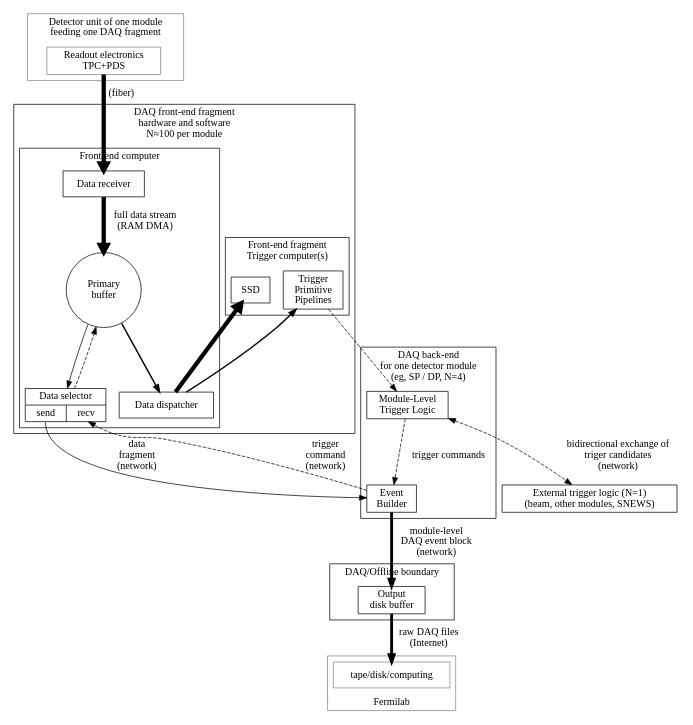
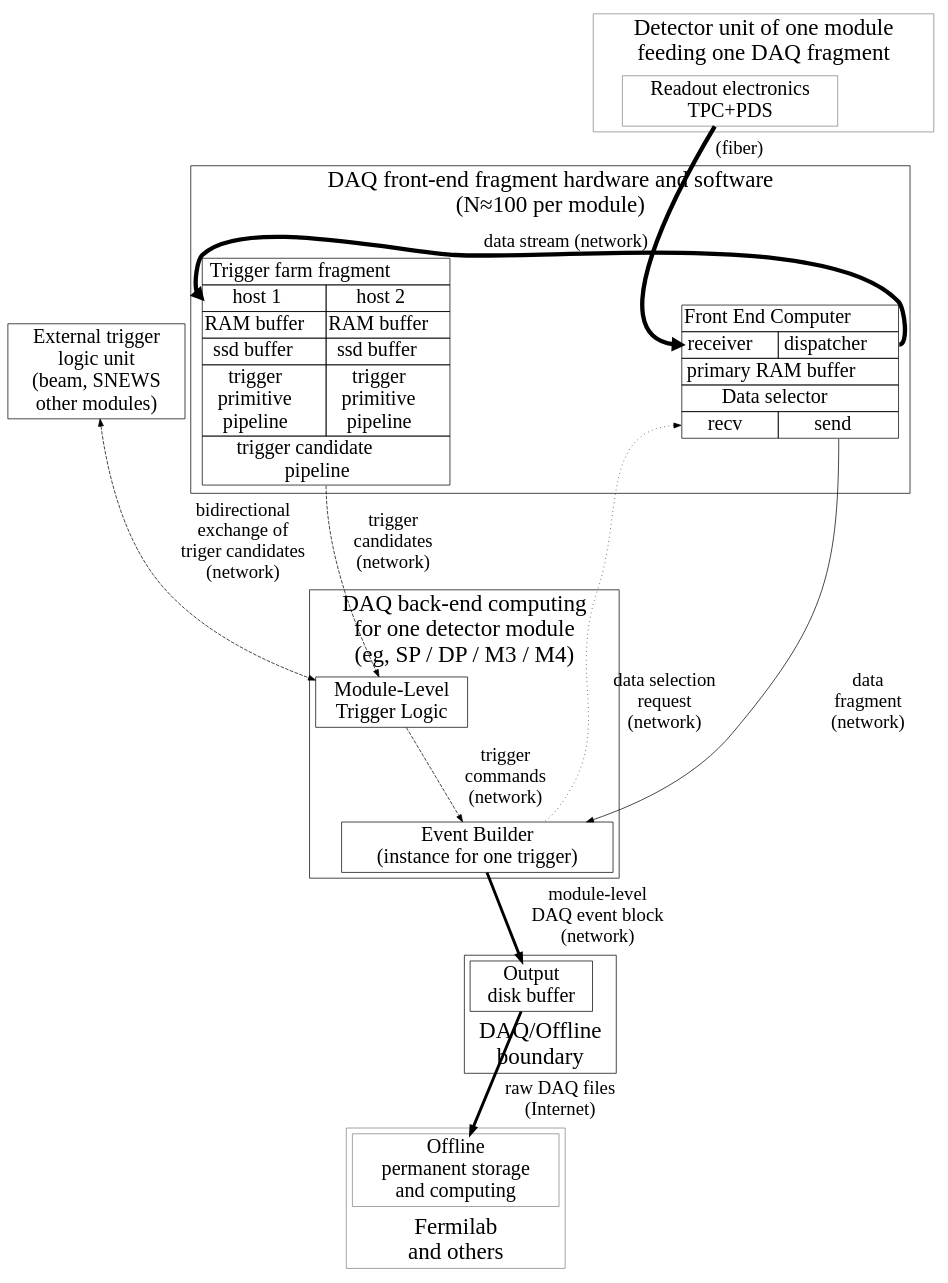
The diagram in far-detector-generic/figures/high-level-daq-alt.dot (DUNE/Technical-Proposal), drawn with Graphviz before and after one commit. The commit also changed 18 other files, not shown here.

```diff
--- a/far-detector-generic/figures/high-level-daq-alt.dot
+++ b/far-detector-generic/figures/high-level-daq-alt.dot
@@ -1,77 +1,103 @@
 digraph hl {
-        node[shape=record];
-
+        graph[fontsize=32,nodesep=0.1];
+        node[fontsize=28,shape=box];
+        edge[fontsize=26];
+        
         subgraph cluster_dmunit {
                 label="Detector unit of one module\nfeeding one DAQ fragment";
                 color=gray;
                 ce[label="Readout electronics\nTPC+PDS",color=gray];
         }
         subgraph cluster_fe {
-                label="DAQ front-end fragment\nhardware and software\nN≈100 per module";
-                
-                subgraph cluster_fec {
-                        label="Front-end computer"
-                        dr[label="Data receiver"];
-                        buf[label="Primary\nbuffer",shape=circle];
-                        ds[label="{{Data selector}|{<tx>send|<rx>recv}}"];
-                        dd[label="Data dispatcher"];
-                }
-                subgraph cluster_tf {
-                        label="Front-end fragment\nTrigger computer(s)";
-                        tfn1[label="Trigger\nPrimitive\nPipelines"];
-                        ssd1[label="SSD"];
-                }
+                label="DAQ front-end fragment hardware and software\n(N≈100 per module)\n\n";
+
+                fec[shape=none,label=<
+<TABLE BORDER="0" CELLBORDER="1" CELLSPACING="0">
+<tr><td colspan="2">Front End Computer</td></tr>
+<tr><td port="dr">receiver</td><td port="dd">dispatcher</td></tr>
+<tr><td colspan="2" port="buf">primary RAM buffer</td></tr>
+<tr><td colspan="2">Data selector</td></tr>
+<tr><td port="rx">recv</td><td port="tx">send</td></tr>
+</TABLE>>];
+                        tc[shape=none,label=<
+<TABLE BORDER="0" CELLBORDER="1" CELLSPACING="0">
+<tr><td colspan="2">Trigger farm fragment</td></tr>
+<tr>
+<td port="pc1">host 1</td>
+<td port="pc2">host 2</td>
+</tr>
+<tr>
+<td port="ram1">RAM buffer</td>
+<td port="ram2">RAM buffer</td>
+</tr>
+<tr>
+<td port="ssd1">ssd buffer</td>
+<td port="ssd2">ssd buffer</td>
+</tr>
+<tr>
+<td port="tpp1">trigger<br/>primitive<br/>pipeline</td>
+<td port="tpp2">trigger<br/>primitive<br/>pipeline</td>
+</tr>
+<tr>
+<td colspan="2" port="tcp">trigger candidate<br/>pipeline</td>
+</tr>
+</TABLE>>];
+                        {rank=same ;
+                                fec,tc}
         }
         subgraph cluster_bec {
-                label="DAQ back-end\nfor one detector module\n(eg, SP / DP, N=4)";
+                label="DAQ back-end computing\nfor one detector module\n(eg, SP / DP / M3 / M4)";
+                labelloc=top;
+                
                 mtl[label="Module-Level\nTrigger Logic"];
-                eb[label="Event\nBuilder"];
+                eb[label="Event Builder\n(instance for one trigger)"];
 //                {rank=same; mtl, eb}
         }
         subgraph cluster_offline {
-                label="DAQ/Offline boundary";
+                label="DAQ/Offline\nboundary";
+                labelloc=bottom;
                 dsk[label="Output\ndisk buffer"];
         }
         subgraph cluster_outside {
-                label="Fermilab";
+                label="Fermilab\nand others";
                 labelloc=bottom;
                 color=gray;
-                fnal[label="tape/disk/computing",color=gray];
+                fnal[label="Offline\npermanent storage\nand computing",color=gray];
         }
 
-        gtl[label="External trigger logic (N=1)\n(beam, other modules, SNEWS)"];
+        gtl[label="External trigger\nlogic unit\n(beam, SNEWS\nother modules)"];
         
         edge[penwidth=6];
-        ce->dr[label=" (fiber)"];
-        dr->buf[label="full data stream\n(RAM DMA)"];
+        ce->fec:dr[label=" (fiber)"];
+        //dr->buf[label="full data stream\n(RAM DMA)"];
 
         
         edge[penwidth=2];
-        buf->dd;
-        tfn1->dd[dir=back,constraint=false];
-        ssd1->dd[dir=back,penwidth=6];
+        //buf->dd[penwidth=6,label="all data"];
+        fec:dd->tc:pc1[penwidth=6,constraint=true,label="data stream (network)"];
+        //dd->tc:pc2[penwidth=3];
+
 
         // selected data
         edge[penwidth=1];
-        buf->ds;
-        ds:tx->eb[label="data\nfragment\n(network)"];
+        fec:tx->eb[label="data\nfragment\n(network)"];
 
         // "event" data
         edge[penwidth=4];
-        eb->dsk[label="module-level\n DAQ event block\n(network)"];
+        eb->dsk[label="module-level\n DAQ event block\n(network)",weight=10];
         
         dsk->fnal[label=" raw DAQ files\n(Internet)"];
         
         // trigger 
         edge[penwidth=1, style=dashed];
-        ds->buf[constraint=false];
-        mtl->eb[label="trigger commands"];
-        eb->ds[label="trigger\ncommand\n(network)"];
-        mtl->gtl[dir=both,label=" bidirectional exchange of\ntriger candidates\n(network)"];
-        tfn1->mtl;
+        mtl->eb[label="trigger\ncommands\n(network)"];
+        fec:rx->eb[style=dotted,dir=back,label="data selection\nrequest\n(network)"];
+        gtl->mtl[dir=both,label=" bidirectional\nexchange of\ntriger candidates\n(network)"];
+        tc:tcp->mtl[constraint=true,label="trigger\ncandidates\n(network)"];
+        //tc:tpp2->mtl;
         
 
-        edge[penwidth=1, style=dashed, color=red];
-
-
+        edge[style=invis,constraint=true,weight=10];
+        eb->fnal;
+        
 }
```
